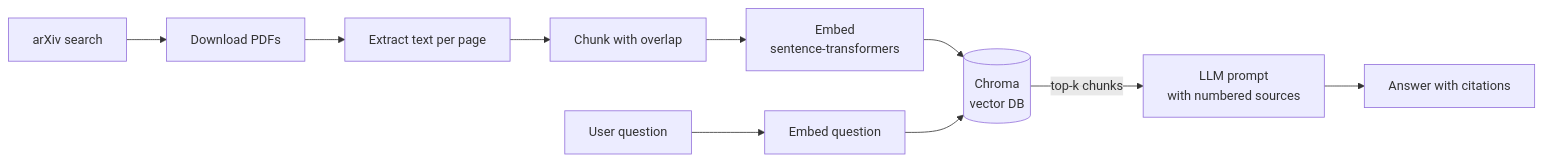
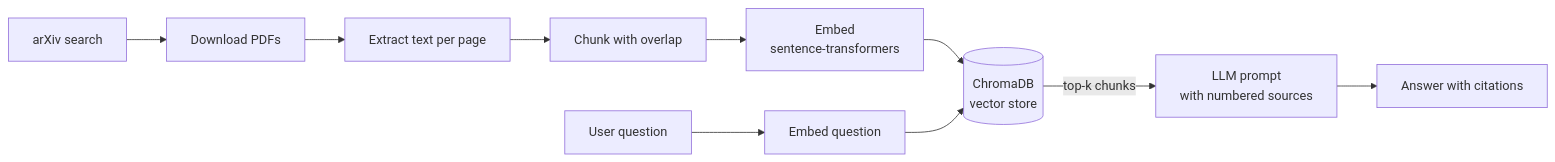
One commit to b-k-f/llm-research-assistant changed the first of 2 diagrams in README.md. Above: the diagram before and after it, drawn with Mermaid. The commit also changed other lines of this file, not shown here.

````diff
--- a/README.md
+++ b/README.md
@@ -29,12 +34,12 @@
 ```mermaid
 flowchart LR
     A[arXiv search] --> B[Download PDFs]
     B --> C[Extract text per page]
     C --> D[Chunk with overlap]
     D --> E[Embed<br/>sentence-transformers]
-    E --> F[(Chroma<br/>vector DB)]
+    E --> F[(ChromaDB<br/>vector store)]
     Q[User question] --> G[Embed question]
     G --> F
     F -->|top-k chunks| H[LLM prompt<br/>with numbered sources]
     H --> I[Answer with citations]
 ```
````
